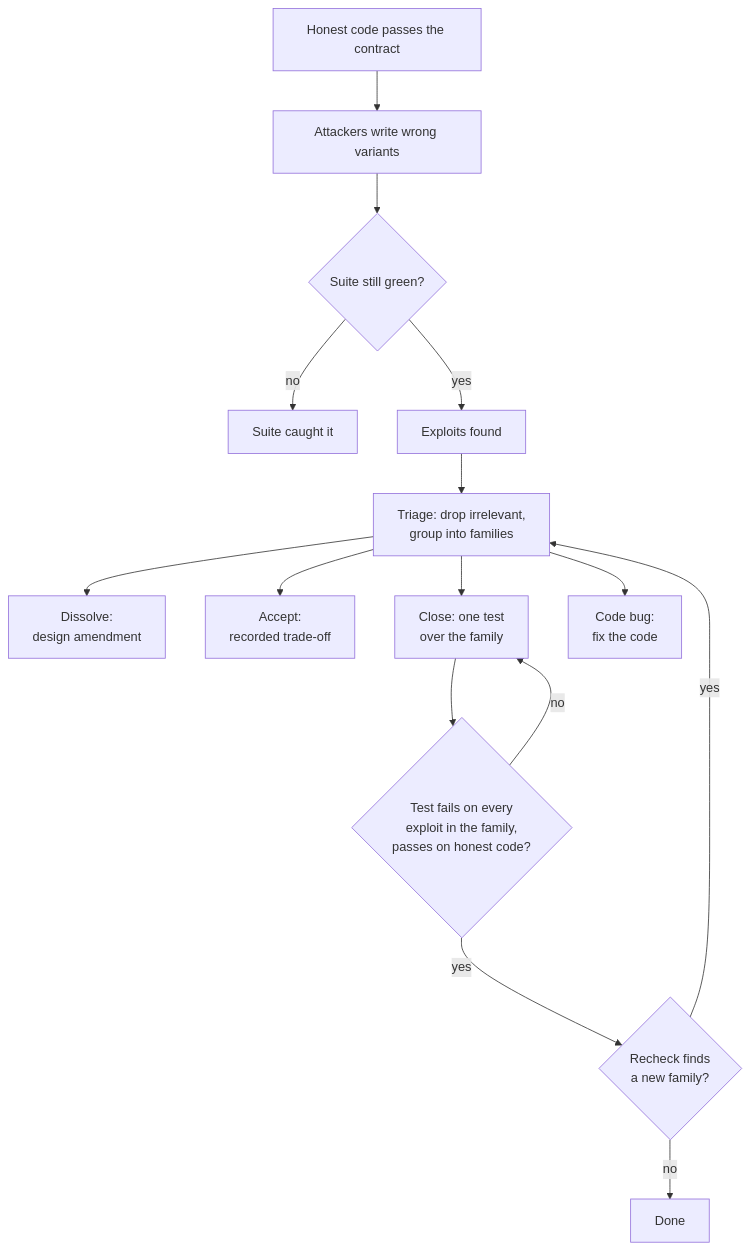
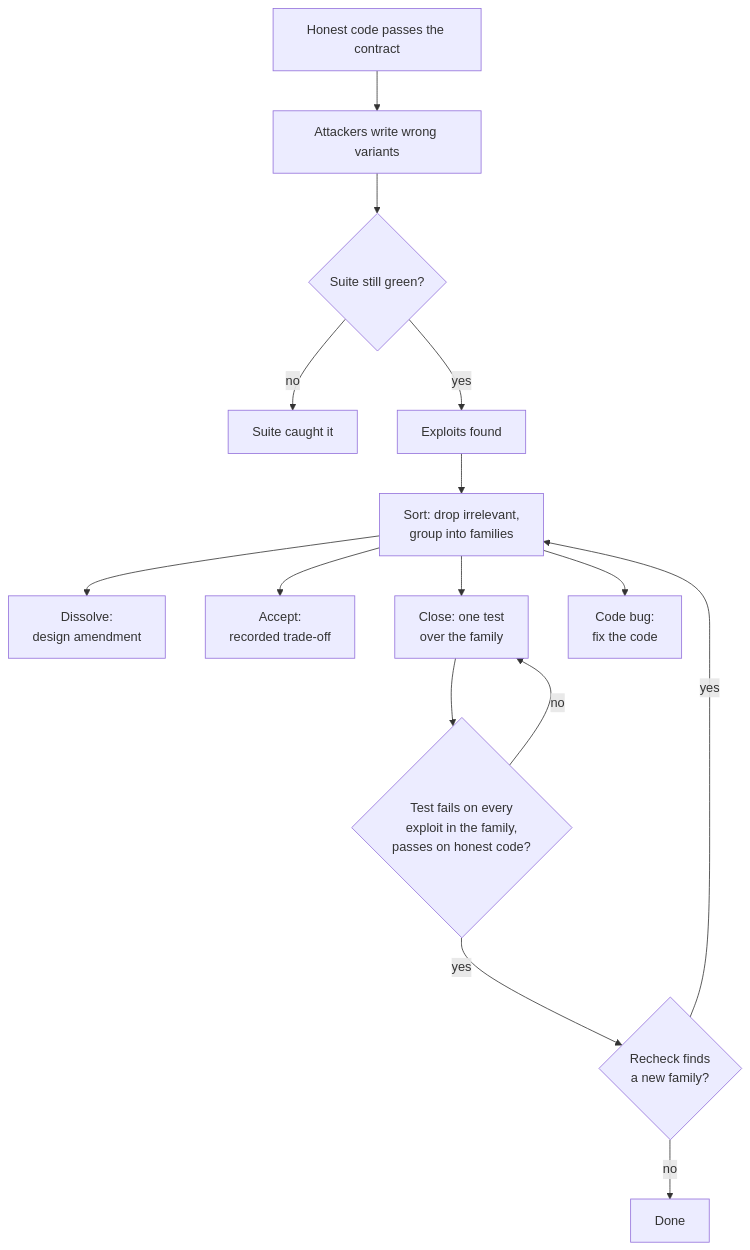
One commit to beetroot-salad/cyber-response-agent changed the second of 3 diagrams in contract-first/docs/design.md. Above: the diagram before and after it, drawn with Mermaid. The commit also changed other lines of this file and 11 other files, not shown here.

````diff
--- a/contract-first/docs/design.md
+++ b/contract-first/docs/design.md
@@ -111,17 +116,17 @@
 ```mermaid
 flowchart TD
     H[Honest code passes the contract] --> A[Attackers write wrong variants]
     A --> Q{Suite still green?}
     Q -->|no| N[Suite caught it]
     Q -->|yes| X[Exploits found]
-    X --> T[Triage: drop irrelevant,<br/>group into families]
+    X --> T[Sort: drop irrelevant,<br/>group into families]
     T --> D[Dissolve:<br/>design amendment]
     T --> K[Accept:<br/>recorded trade-off]
     T --> C[Close: one test<br/>over the family]
     T --> B[Code bug:<br/>fix the code]
     C --> E{Test fails on every<br/>exploit in the family,<br/>passes on honest code?}
     E -->|no| C
     E -->|yes| R{Recheck finds<br/>a new family?}
     R -->|yes| T
     R -->|no| S[Done]
 ```
````
